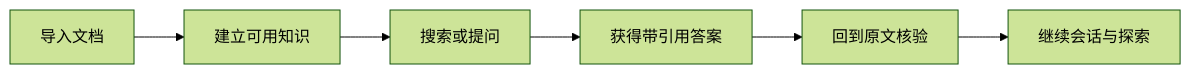
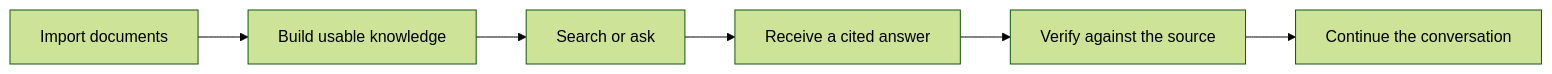
The diagram in README.md (ryanmeowy/anchr-app), drawn with Mermaid (forest theme) before and after one commit. The commit also changed other lines of this file and 6 other files, not shown here.

````diff
--- a/README.md
+++ b/README.md
@@ -82,8 +99,8 @@
 ```mermaid
 flowchart LR
-    A["导入文档"] --> B["建立可用知识"]
-    B --> C["搜索或提问"]
-    C --> D["获得带引用答案"]
-    D --> E["回到原文核验"]
-    E --> F["继续会话与探索"]
+    A["Import documents"] --> B["Build usable knowledge"]
+    B --> C["Search or ask"]
+    C --> D["Receive a cited answer"]
+    D --> E["Verify against the source"]
+    E --> F["Continue the conversation"]
 ```
````
